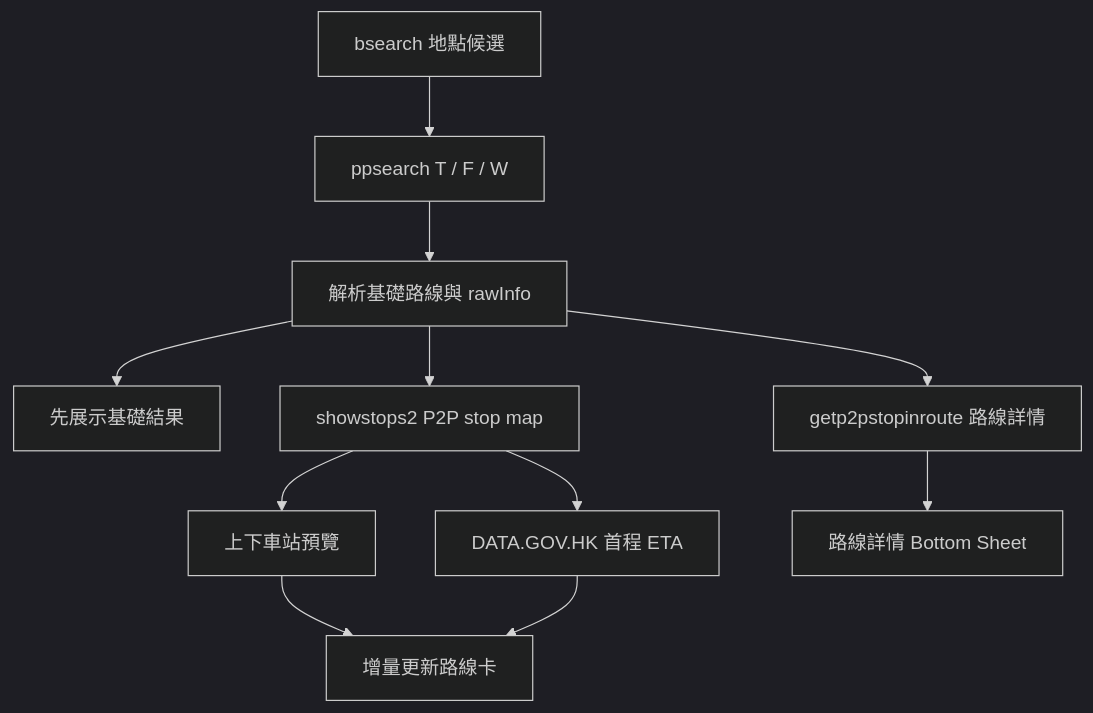
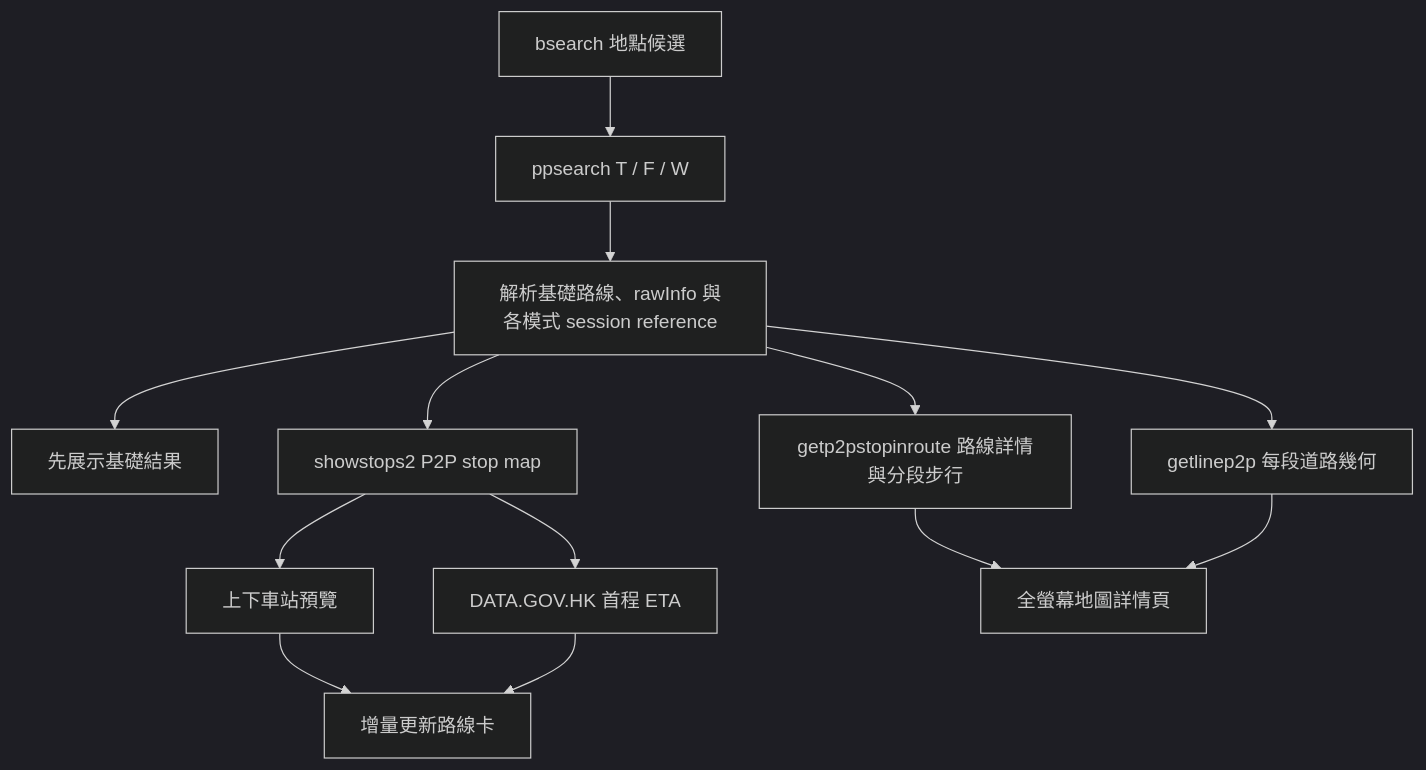
Before and after one commit to TianLanhe/BusIsComing: the diagram in docs/citybus-route-query-and-eta.md, drawn with Mermaid (dark theme). The commit also changed other lines of this file and 48 other files, not shown here.

````diff
--- a/docs/citybus-route-query-and-eta.md
+++ b/docs/citybus-route-query-and-eta.md
@@ -21,13 +21,15 @@
 ```mermaid
 flowchart TD
     Place["bsearch 地點候選"] --> Query["ppsearch T / F / W"]
-    Query --> Parse["解析基礎路線與 rawInfo"]
+    Query --> Parse["解析基礎路線、rawInfo 與各模式 session reference"]
     Parse --> Initial["先展示基礎結果"]
     Parse --> StopMap["showstops2 P2P stop map"]
     StopMap --> Preview["上下車站預覽"]
     StopMap --> Eta["DATA.GOV.HK 首程 ETA"]
-    Parse --> Detail["getp2pstopinroute 路線詳情"]
+    Parse --> Detail["getp2pstopinroute 路線詳情與分段步行"]
+    Parse --> Geometry["getlinep2p 每段道路幾何"]
     Preview --> Incremental["增量更新路線卡"]
     Eta --> Incremental
-    Detail --> Sheet["路線詳情 Bottom Sheet"]
+    Detail --> Page["全螢幕地圖詳情頁"]
+    Geometry --> Page
 ```
````
